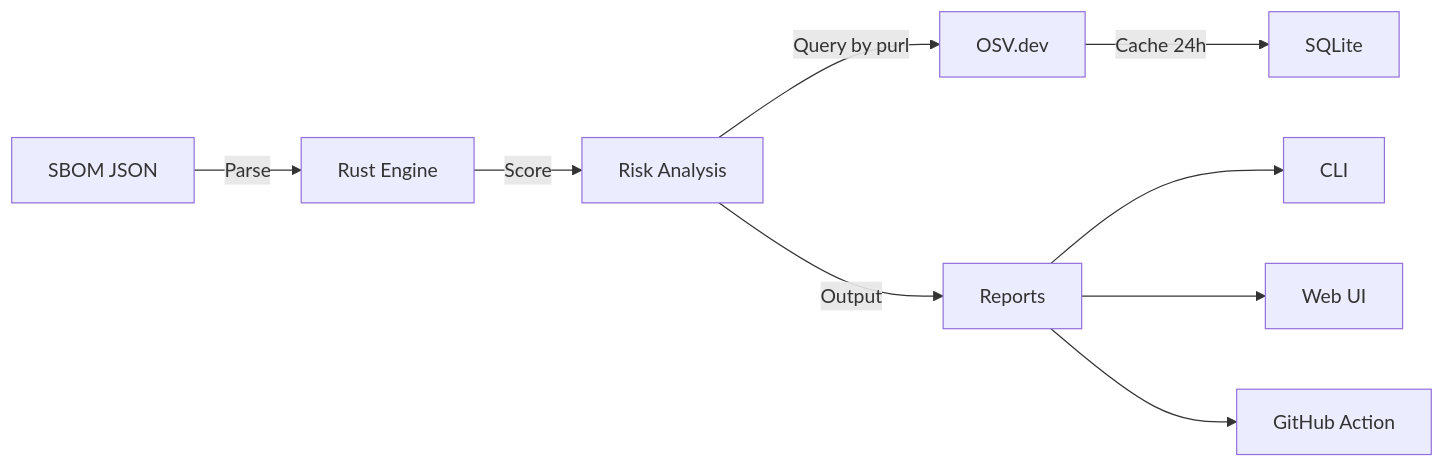
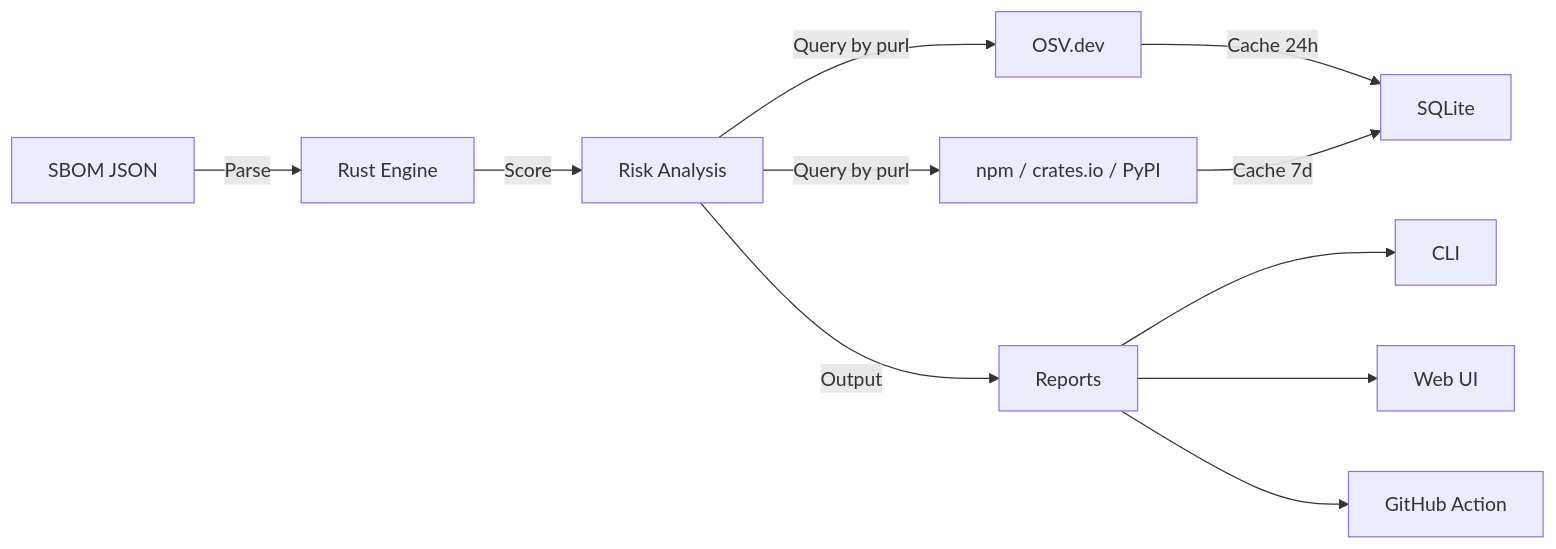
Before and after one commit to Zertannax/Zertree: the diagram in README.md, drawn with Mermaid. The commit also changed other lines of this file and 5 other files, not shown here.

First line of the commit message:
feat: real freshness + maintenance scoring via npm/crates.io/PyPI

````diff
--- a/README.md
+++ b/README.md
@@ -156,11 +171,13 @@
 ```mermaid
 graph LR
     A[SBOM JSON] -->|Parse| B[Rust Engine]
     B -->|Score| C[Risk Analysis]
     C -->|Query by purl| D[OSV.dev]
+    C -->|Query by purl| R[npm / crates.io / PyPI]
     D -->|Cache 24h| E[SQLite]
+    R -->|Cache 7d| E
     C -->|Output| F[Reports]
     F --> G[CLI]
     F --> H[Web UI]
     F --> I[GitHub Action]
 ```
````
